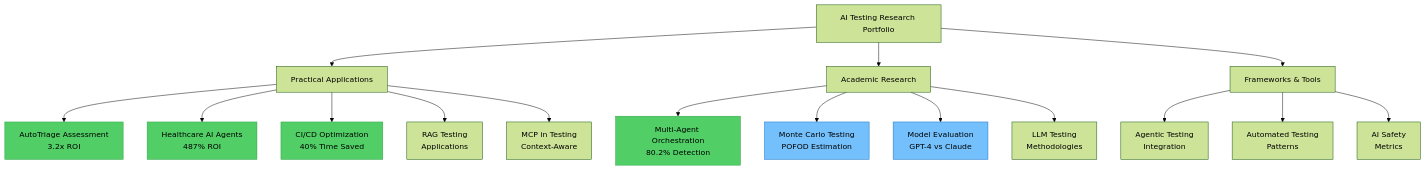
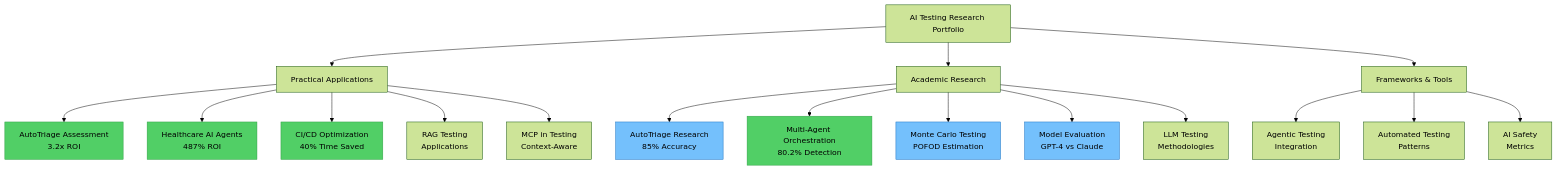
One commit to priyasanna/priyasol.github.io changed the diagram in README.md. Above: the diagram before and after it, drawn with Mermaid (forest theme). The commit also changed other lines of this file and 3 other files, not shown here.

First line of the commit message:
feat: Add AutoTriage academic research paper - now 13 notebooks total

````diff
--- a/README.md
+++ b/README.md
@@ -29,30 +29,32 @@
 ```mermaid
 graph TB
     Research[AI Testing Research Portfolio]
     
     Research --> Practical[Practical Applications]
     Research --> Academic[Academic Research]
     Research --> Tools[Frameworks & Tools]
     
     Practical --> AutoTriage[AutoTriage Assessment<br/>3.2x ROI]
     Practical --> Healthcare[Healthcare AI Agents<br/>487% ROI]
     Practical --> CICD[CI/CD Optimization<br/>40% Time Saved]
     Practical --> RAG[RAG Testing<br/>Applications]
     Practical --> MCP[MCP in Testing<br/>Context-Aware]
     
+    Academic --> AutoTriageResearch[AutoTriage Research<br/>85% Accuracy]
     Academic --> MultiAgent[Multi-Agent Orchestration<br/>80.2% Detection]
     Academic --> MonteCarlo[Monte Carlo Testing<br/>POFOD Estimation]
     Academic --> Evaluation[Model Evaluation<br/>GPT-4 vs Claude]
     Academic --> LLMTest[LLM Testing<br/>Methodologies]
     
     Tools --> Agentic[Agentic Testing<br/>Integration]
     Tools --> Patterns[Automated Testing<br/>Patterns]
     Tools --> Safety[AI Safety<br/>Metrics]
     
     style AutoTriage fill:#51cf66,stroke:#2f9e44,color:#000
     style Healthcare fill:#51cf66,stroke:#2f9e44,color:#000
     style CICD fill:#51cf66,stroke:#2f9e44,color:#000
+    style AutoTriageResearch fill:#74c0fc,stroke:#1971c2,color:#000
     style MultiAgent fill:#51cf66,stroke:#2f9e44,color:#000
     style MonteCarlo fill:#74c0fc,stroke:#1971c2,color:#000
     style Evaluation fill:#74c0fc,stroke:#1971c2,color:#000
 ```
````
